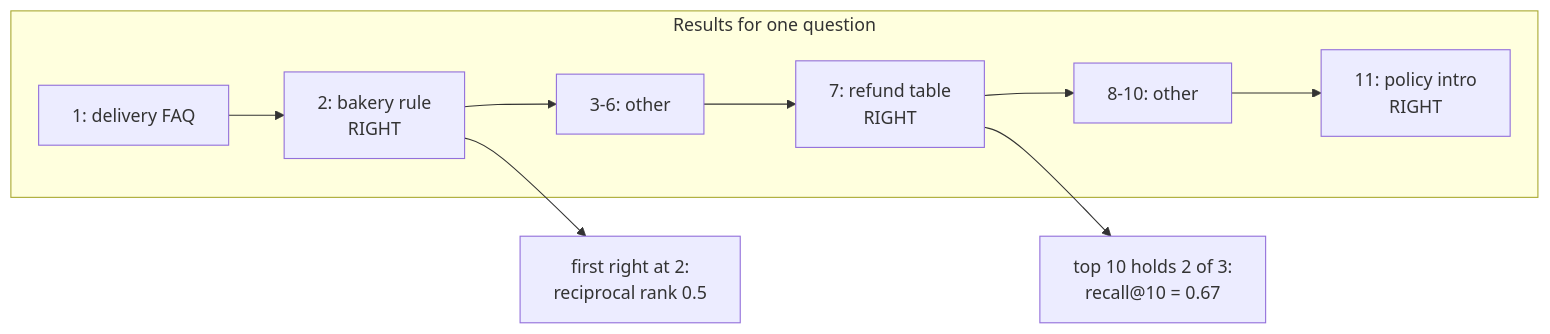
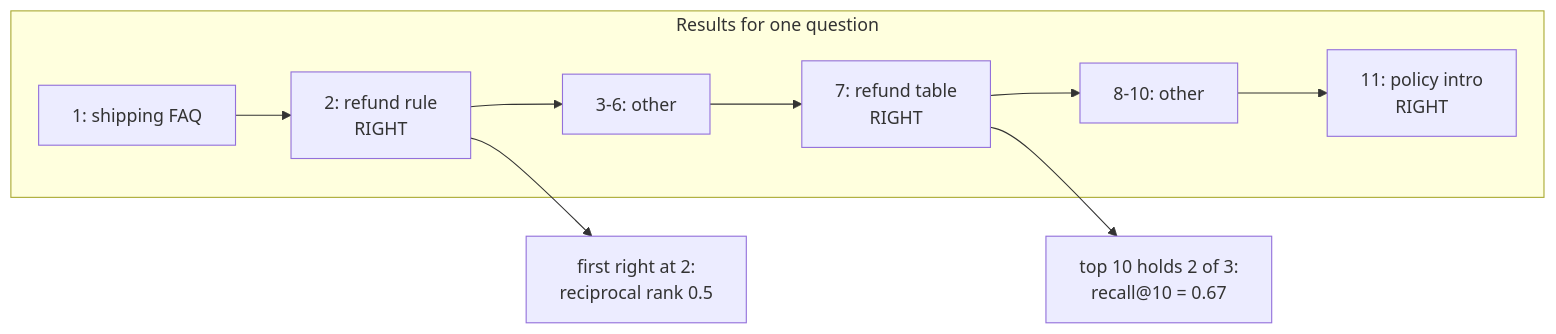
Before and after one commit to shubamchaudhary/CodeNITW: the sixth of 7 diagrams in src/Data/aiStackDocs/CH-08.md, drawn with Mermaid. The commit also changed other lines of this file and 32 other files, not shown here.

````diff
--- a/src/Data/aiStackDocs/CH-08.md
+++ b/src/Data/aiStackDocs/CH-08.md
@@ -190,12 +190,12 @@
 ```mermaid
 flowchart LR
     subgraph RANK["Results for one question"]
-        R1["1: delivery FAQ"] --> R2["2: bakery rule<br/>RIGHT"]
+        R1["1: shipping FAQ"] --> R2["2: refund rule<br/>RIGHT"]
         R2 --> R3["3-6: other"]
         R3 --> R7["7: refund table<br/>RIGHT"]
         R7 --> R8["8-10: other"]
         R8 --> R11["11: policy intro<br/>RIGHT"]
     end
     R2 --> M1["first right at 2:<br/>reciprocal rank 0.5"]
     R7 --> M2["top 10 holds 2 of 3:<br/>recall@10 = 0.67"]
 ```
````
